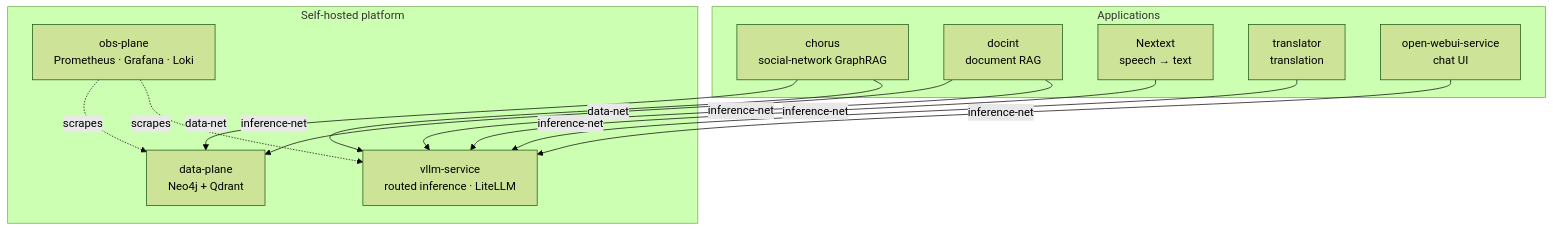
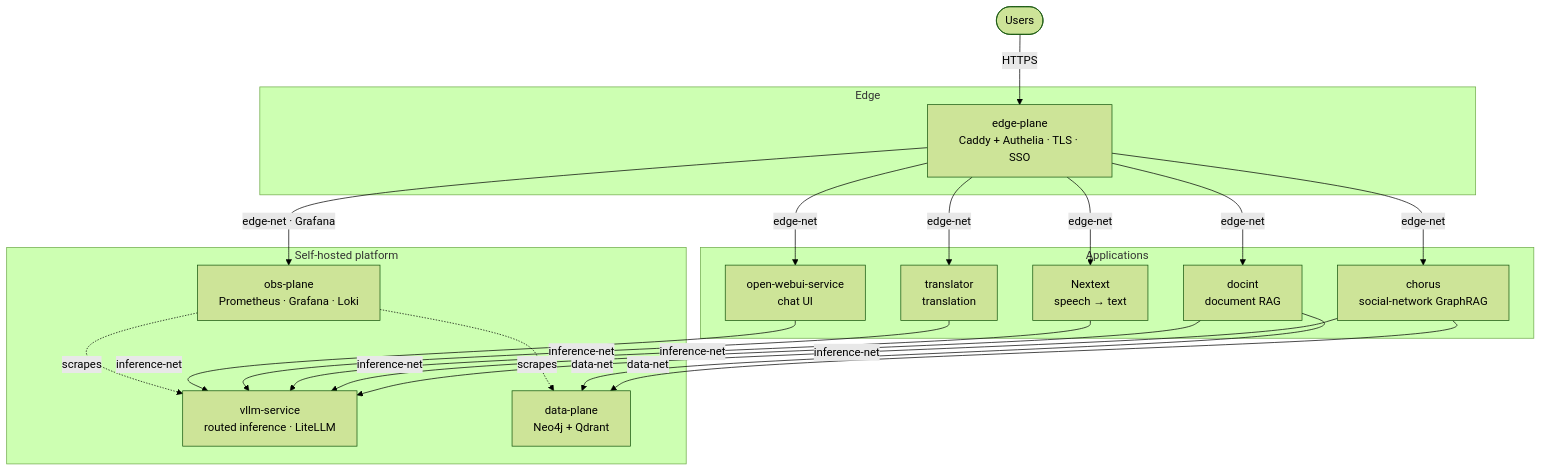
One commit to nos-tromo/.github changed the diagram in profile/README.md. Above: the diagram before and after it, drawn with Mermaid (forest theme). The commit also changed other lines of this file, not shown here.

Commit message:
docs(profile): cover edge-plane in the federation map
The org profile README predated edge-plane and still described a
four-tier federation with no entry point.

- add edge-plane to the Platform table (Caddy + Authelia, the single
  entry point, X-Auth-User trusted-header contract)
- add the Edge tier to the mermaid diagram (users -> gateway -> app
  frontends / open-webui / Grafana over edge-net) and name all three
  network seams below it
- correct deploy's bring-up order to include the edge tier
- replace the dead hatespeech-detect link (repo is private, so it 404s
  for profile visitors) with txt2pdf

pr-notify is deliberately left out — it is private too.

````diff
--- a/profile/README.md
+++ b/profile/README.md
@@ -9,28 +9,43 @@
 ```mermaid
 flowchart TB
+  users(["Users"])
+
+  subgraph Edge["Edge"]
+    edge["edge-plane<br/>Caddy + Authelia · TLS · SSO"]
+  end
+
   subgraph Apps["Applications"]
     chorus["chorus<br/>social-network GraphRAG"]
     docint["docint<br/>document RAG"]
     nextext["Nextext<br/>speech → text"]
     translator["translator<br/>translation"]
     webui["open-webui-service<br/>chat UI"]
   end
 
   subgraph Platform["Self-hosted platform"]
     vllm["vllm-service<br/>routed inference · LiteLLM"]
     data["data-plane<br/>Neo4j + Qdrant"]
     obs["obs-plane<br/>Prometheus · Grafana · Loki"]
   end
 
+  users -->|HTTPS| edge
+
+  edge -->|edge-net| chorus
+  edge -->|edge-net| docint
+  edge -->|edge-net| nextext
+  edge -->|edge-net| translator
+  edge -->|edge-net| webui
+  edge -->|edge-net · Grafana| obs
+
   chorus -->|inference-net| vllm
   docint -->|inference-net| vllm
   nextext -->|inference-net| vllm
   translator -->|inference-net| vllm
   webui -->|inference-net| vllm
 
   chorus -->|data-net| data
   docint -->|data-net| data
 
   obs -.->|scrapes| vllm
   obs -.->|scrapes| data
 ```
````
